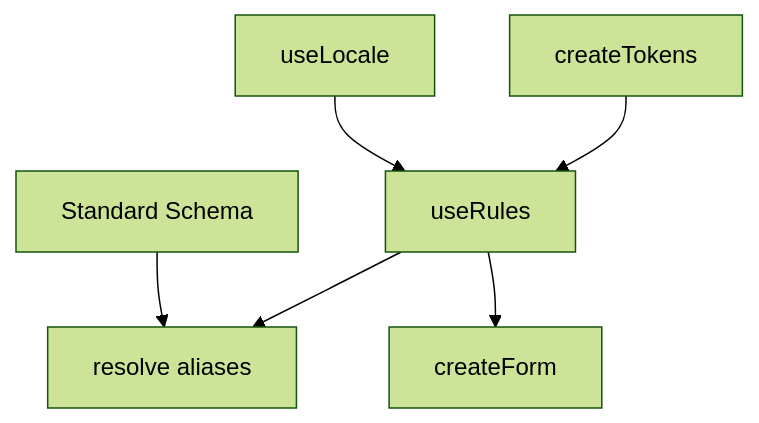
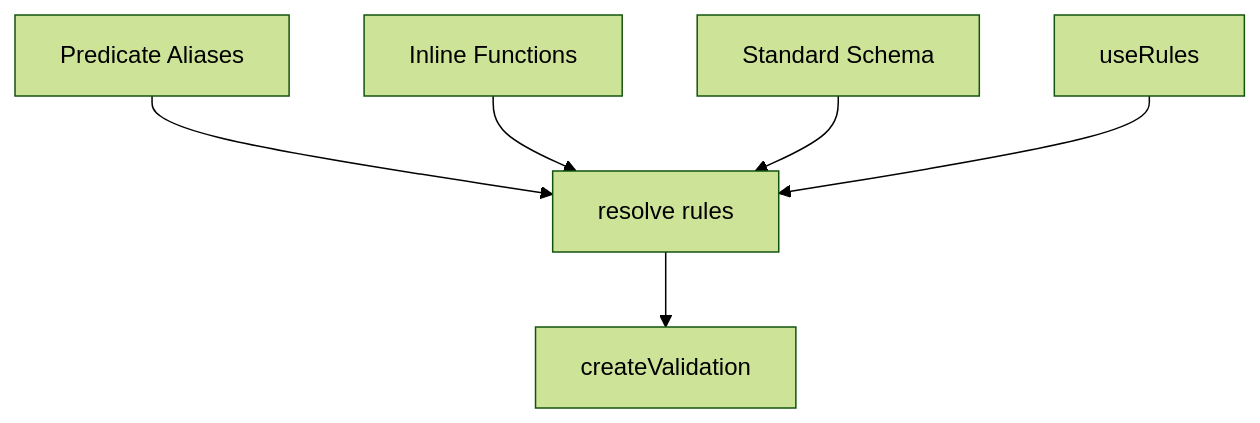
The diagram in apps/docs/src/pages/composables/plugins/use-rules.md (vuetifyjs/0), drawn with Mermaid (forest theme) before and after one commit. The commit also changed other lines of this file and 17 other files, not shown here.

First line of the commit message:
feat(useRules): predicate aliases, createValidation, Standard Schema

````diff
--- a/apps/docs/src/pages/composables/plugins/use-rules.md
+++ b/apps/docs/src/pages/composables/plugins/use-rules.md
@@ -298,8 +231,8 @@
 ```mermaid "Rules Architecture"
 flowchart TD
-  createTokens --> useRules
-  useLocale --> useRules
-  useRules --> resolve[resolve aliases]
-  useRules --> createForm
+  aliases[Predicate Aliases] --> resolve
+  functions[Inline Functions] --> resolve
   StandardSchema[Standard Schema] --> resolve
+  useRules --> resolve[resolve rules]
+  resolve --> createValidation
 ```
````
